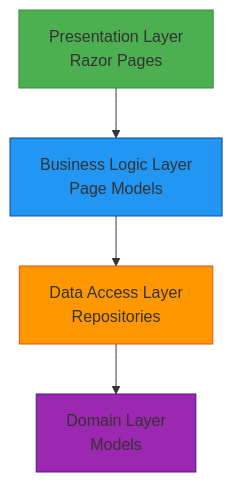
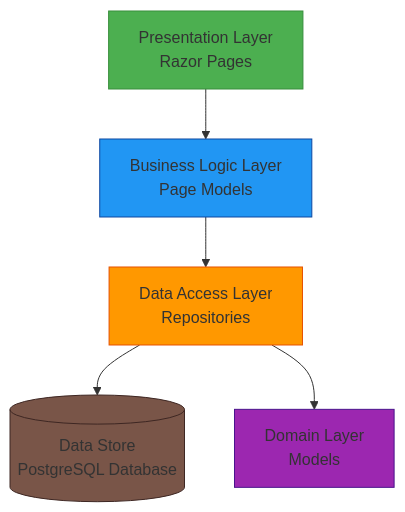
One commit to gjduggins/SpaceGeeks changed the first of 2 diagrams in docs/architecture/logical-architecture.md. Above: the diagram before and after it, drawn with Mermaid. The commit also changed 4 other files, not shown here.

First line of the commit message:
feat: Add PostgreSQL migration architecture documentation

````diff
--- a/docs/architecture/logical-architecture.md
+++ b/docs/architecture/logical-architecture.md
@@ -11,11 +11,13 @@
 ```mermaid
 graph TD
     A[Presentation Layer<br/>Razor Pages] --> B[Business Logic Layer<br/>Page Models]
     B --> C[Data Access Layer<br/>Repositories]
-    C --> D[Domain Layer<br/>Models]
+    C --> D[(Data Store<br/>PostgreSQL Database)]
+    C --> E[Domain Layer<br/>Models]
     
     style A fill:#4CAF50,stroke:#388E3C
     style B fill:#2196F3,stroke:#0D47A1
     style C fill:#FF9800,stroke:#E65100
-    style D fill:#9C27B0,stroke:#4A148C
+    style D fill:#795548,stroke:#3E2723
+    style E fill:#9C27B0,stroke:#4A148C
 ```
````
